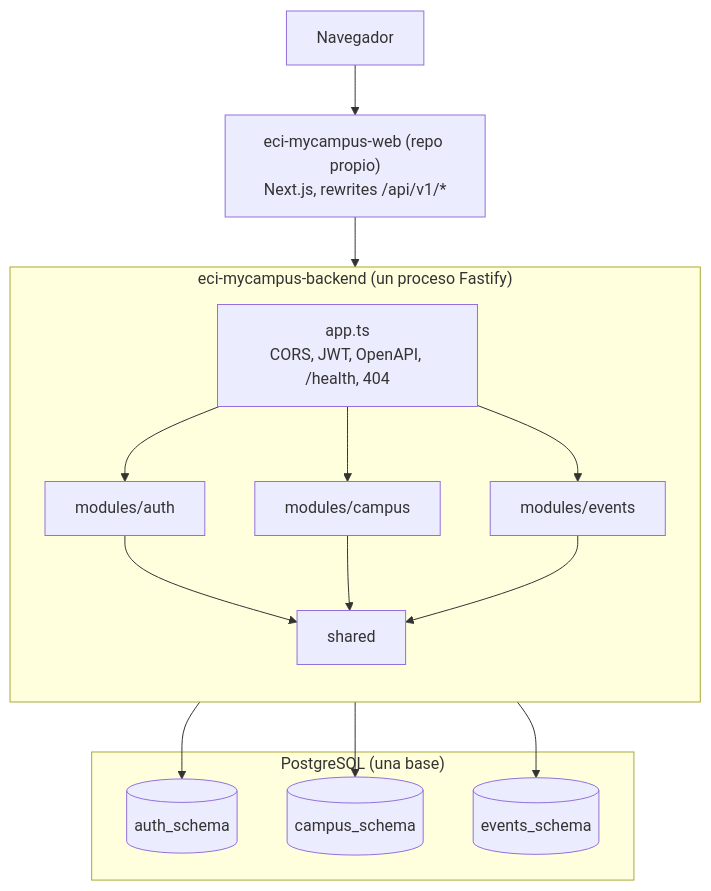
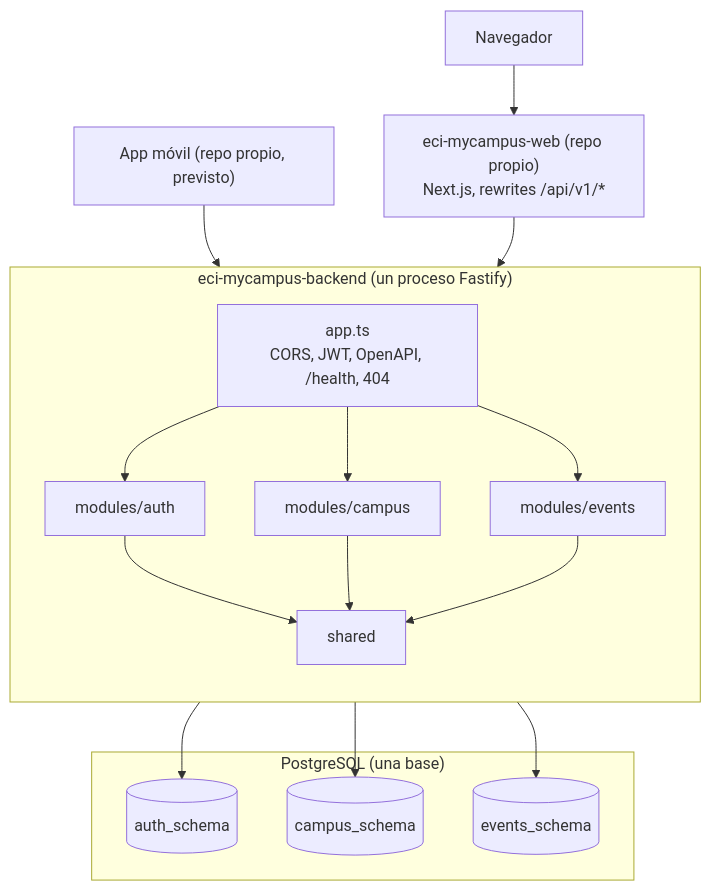
One commit to ECIMyCampus/eci-mycampus-backend changed the first of 2 diagrams in docs/architecture/MODULAR_MONOLITH.md. Above: the diagram before and after it, drawn with Mermaid. The commit also changed other lines of this file and 2 other files, not shown here.

````diff
--- a/docs/architecture/MODULAR_MONOLITH.md
+++ b/docs/architecture/MODULAR_MONOLITH.md
@@ -7,26 +7,27 @@
 ```mermaid
 flowchart TB
+    M["App móvil (repo propio, previsto)"] --> API
     B[Navegador] --> W["eci-mycampus-web (repo propio)<br/>Next.js, rewrites /api/v1/*"]
     W --> API
 
     subgraph API["eci-mycampus-backend (un proceso Fastify)"]
         direction TB
         R["app.ts<br/>CORS, JWT, OpenAPI, /health, 404"]
         R --> AUTH[modules/auth]
         R --> CAMPUS[modules/campus]
         R --> EVENTS[modules/events]
         AUTH --> S[shared]
         CAMPUS --> S
         EVENTS --> S
     end
 
     AUTH --> A[(auth_schema)]
     CAMPUS --> C[(campus_schema)]
     EVENTS --> E[(events_schema)]
 
     subgraph PG["PostgreSQL (una base)"]
         A
         C
         E
     end
 ```
````
